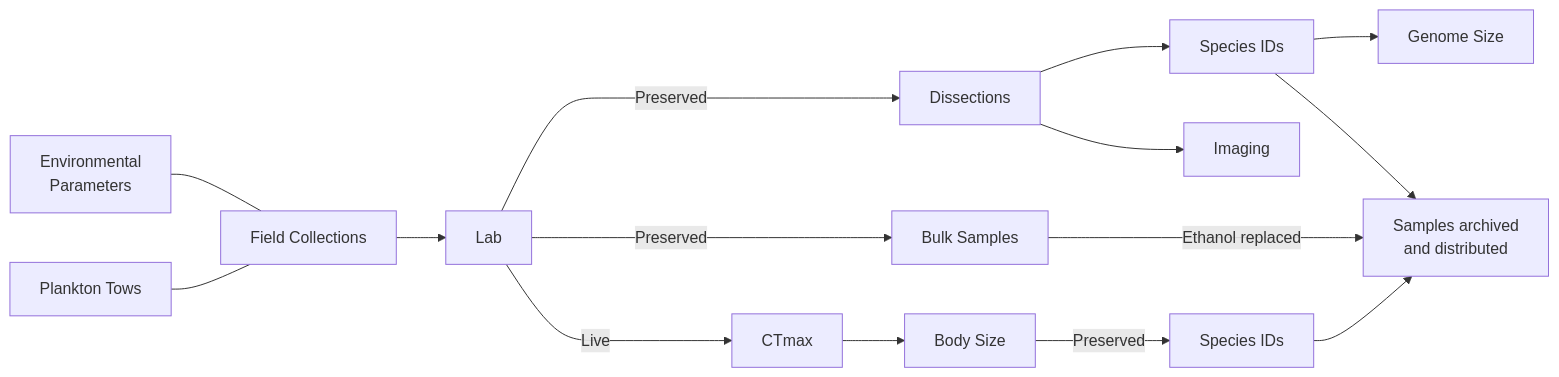
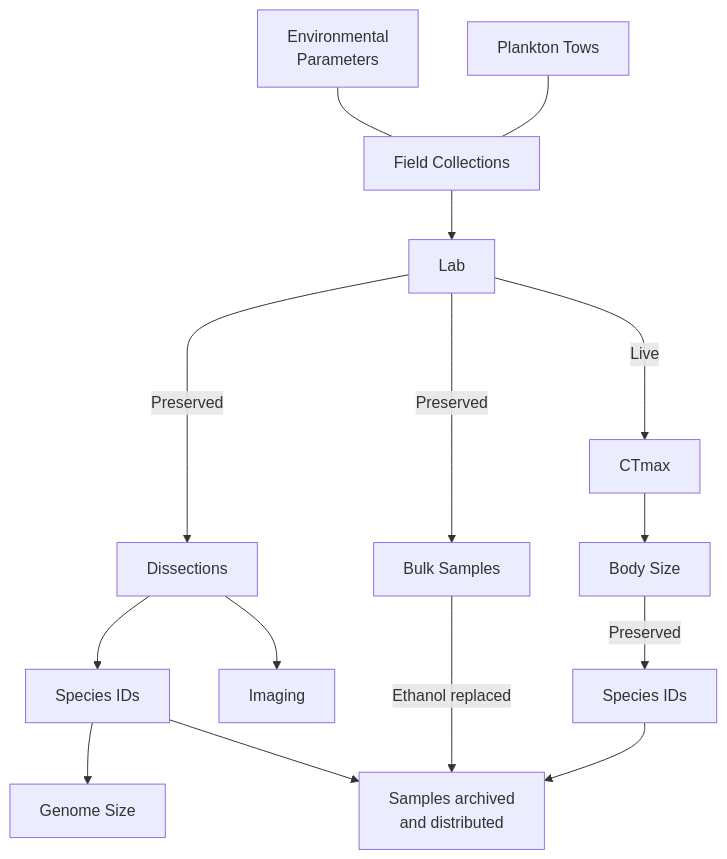
The diagram in protocols.qmd (ZoopEcoEvo/copepod_ctmax_collab), drawn with Mermaid before and after one commit. The commit also changed other lines of this file and 9 other files, not shown here.

````diff
--- a/protocols.qmd
+++ b/protocols.qmd
@@ -7,26 +9,33 @@
 ```{mermaid}
 %%| width: 100%
 %%| theme: neutral
 
-
-flowchart LR
+flowchart TB
   A[Environmental \nParameters] --- C[Field Collections]
   B[Plankton Tows] --- C[Field Collections]
   
   C --> D[Lab]
   
   D --> |Preserved| E[Dissections]
   E --> F[Species IDs]
   E --> G[Imaging]
   F --> H[Genome Size]
   F --> I[Samples archived \nand distributed]
   
   D --> |Preserved| J[Bulk Samples]
   J -- Ethanol replaced ---> I
   
   D -- Live ---> K[CTmax]
   K --> L[Body Size]
   L --> |Preserved| M[Species IDs]
   M --> I
 
+click C "https://zoopecoevo.github.io/copepod_ctmax_collab/protocols/collection_protocol.html"
+click F "https://zoopecoevo.github.io/copepod_ctmax_collab/copepod_guide.html"
+click M "https://zoopecoevo.github.io/copepod_ctmax_collab/copepod_guide.html"
+click H "https://zoopecoevo.github.io/copepod_ctmax_collab/protocols/genome_size_protocol.html"
+click K "https://zoopecoevo.github.io/copepod_ctmax_collab/protocols/ctmax_protocol.html"
+click L "https://zoopecoevo.github.io/copepod_ctmax_collab/protocols/body_size_protocol.html"
+
+
 ```
````
